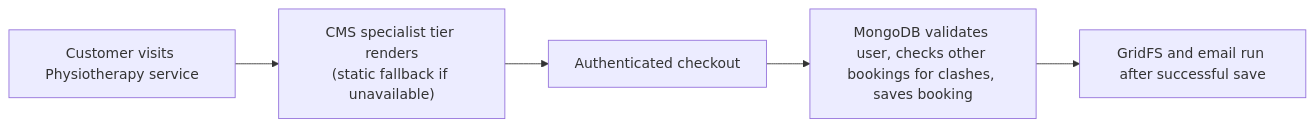
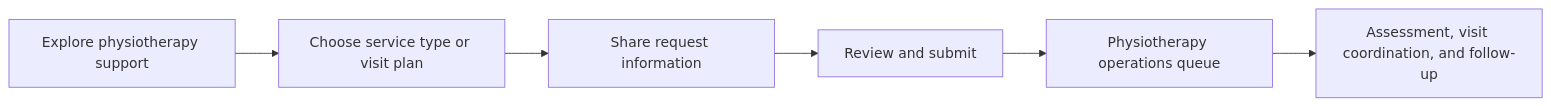
One commit to zakaria-akash/care-bangla-group-web-application changed the diagram in docs/Physiotherapy_Service_Workflow.md. Above: the diagram before and after it, drawn with Mermaid. The commit also changed other lines of this file and 11 other files, not shown here.

````diff
--- a/docs/Physiotherapy_Service_Workflow.md
+++ b/docs/Physiotherapy_Service_Workflow.md
@@ -244,7 +9,8 @@
 ```mermaid
 flowchart LR
-    A["Customer visits Physiotherapy service"] --> B["CMS specialist tier renders\n(static fallback if unavailable)"]
-    B --> C["Authenticated checkout"]
-    C --> D["MongoDB validates user, checks other bookings for clashes, saves booking"]
-    D --> E["GridFS and email run after successful save"]
+  A[Explore physiotherapy support] --> B[Choose service type or visit plan]
+  B --> C[Share request information]
+  C --> D[Review and submit]
+  D --> E[Physiotherapy operations queue]
+  E --> F[Assessment, visit coordination, and follow-up]
 ```
````
